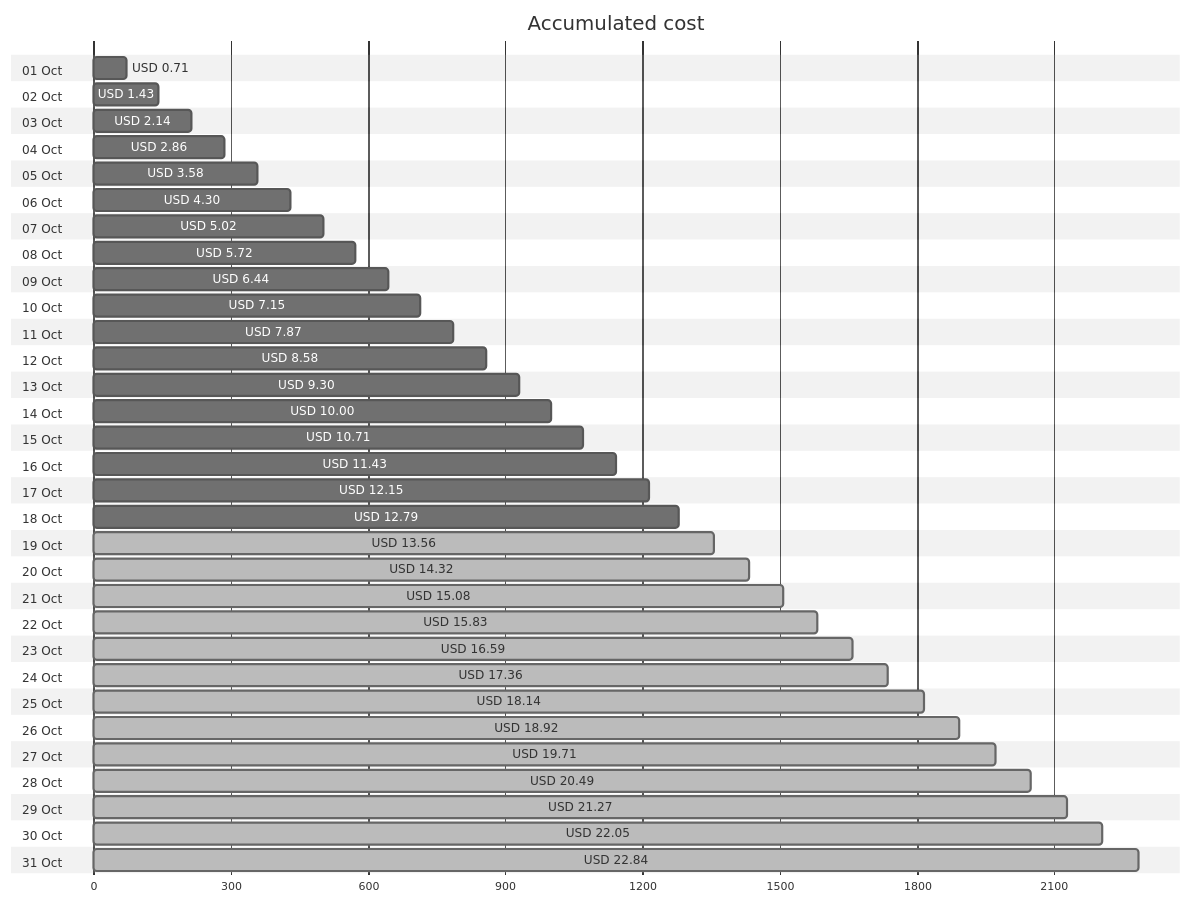
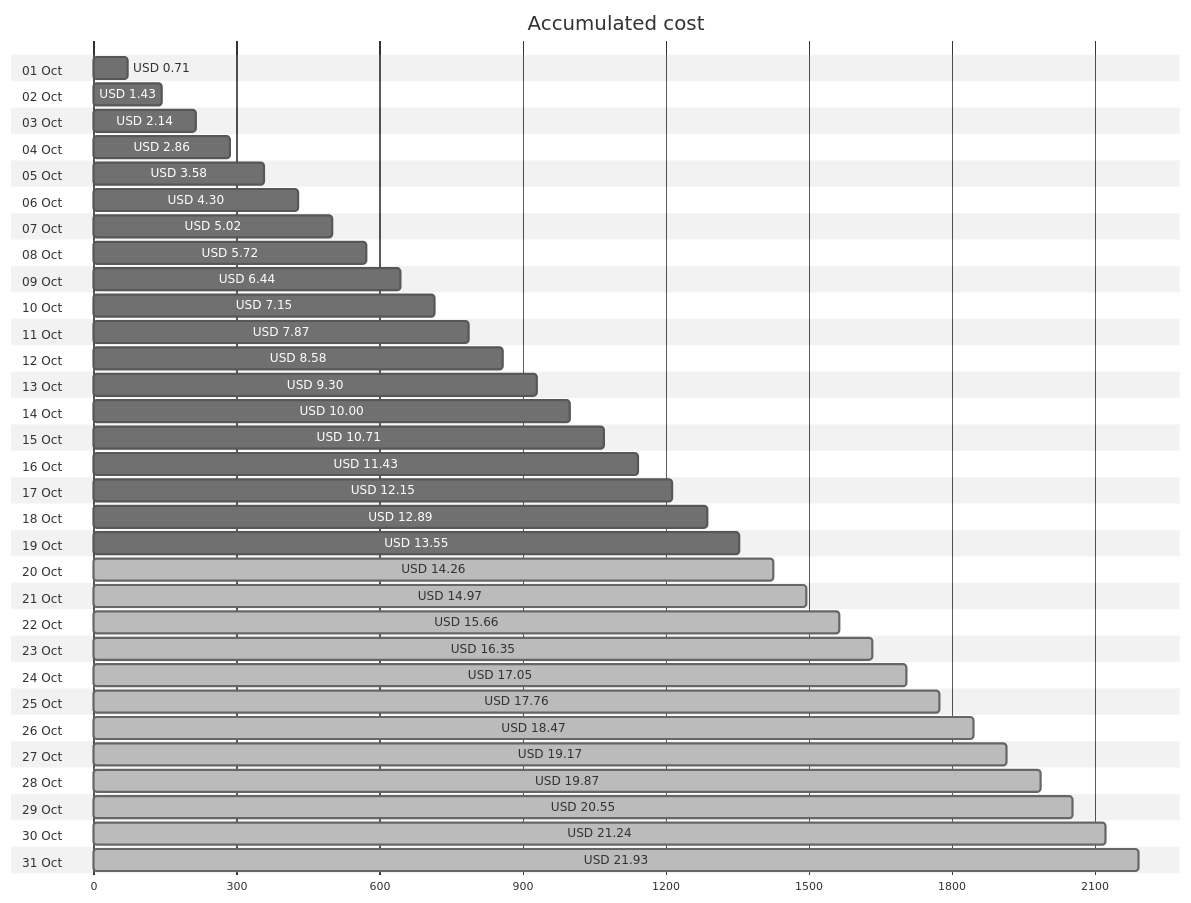
The first of 4 diagrams in cost-reports/personal-network/backup-server-data-disk.md (jpfulton/azure-personal-reports), drawn with Mermaid (neutral theme) before and after one commit. The commit also changed other lines of this file and 8 other files, not shown here.

````diff
--- a/cost-reports/personal-network/backup-server-data-disk.md
+++ b/cost-reports/personal-network/backup-server-data-disk.md
@@ -20,68 +20,68 @@
 ```mermaid
 gantt
    title Accumulated cost
    dateFormat  X
    axisFormat %s
    section 01 Oct
    USD 0.71 :0, 71
    section 02 Oct
    USD 1.43 :0, 143
    section 03 Oct
    USD 2.14 :0, 214
    section 04 Oct
    USD 2.86 :0, 286
    section 05 Oct
    USD 3.58 :0, 358
    section 06 Oct
    USD 4.30 :0, 430
    section 07 Oct
    USD 5.02 :0, 502
    section 08 Oct
    USD 5.72 :0, 572
    section 09 Oct
    USD 6.44 :0, 644
    section 10 Oct
    USD 7.15 :0, 715
    section 11 Oct
    USD 7.87 :0, 787
    section 12 Oct
    USD 8.58 :0, 858
    section 13 Oct
    USD 9.30 :0, 930
    section 14 Oct
    USD 10.00 :0, 1000
    section 15 Oct
    USD 10.71 :0, 1071
    section 16 Oct
    USD 11.43 :0, 1143
    section 17 Oct
    USD 12.15 :0, 1215
    section 18 Oct
-   USD 12.79 :0, 1279
+   USD 12.89 :0, 1289
    section 19 Oct
-   USD 13.56 : done, 0, 1356
+   USD 13.55 :0, 1355
    section 20 Oct
-   USD 14.32 : done, 0, 1432
+   USD 14.26 : done, 0, 1426
    section 21 Oct
-   USD 15.08 : done, 0, 1508
+   USD 14.97 : done, 0, 1497
    section 22 Oct
-   USD 15.83 : done, 0, 1583
+   USD 15.66 : done, 0, 1566
    section 23 Oct
-   USD 16.59 : done, 0, 1659
+   USD 16.35 : done, 0, 1635
    section 24 Oct
-   USD 17.36 : done, 0, 1736
+   USD 17.05 : done, 0, 1705
    section 25 Oct
-   USD 18.14 : done, 0, 1814
+   USD 17.76 : done, 0, 1776
    section 26 Oct
-   USD 18.92 : done, 0, 1892
+   USD 18.47 : done, 0, 1847
    section 27 Oct
-   USD 19.71 : done, 0, 1971
+   USD 19.17 : done, 0, 1917
    section 28 Oct
-   USD 20.49 : done, 0, 2049
+   USD 19.87 : done, 0, 1987
    section 29 Oct
-   USD 21.27 : done, 0, 2127
+   USD 20.55 : done, 0, 2055
    section 30 Oct
-   USD 22.05 : done, 0, 2205
+   USD 21.24 : done, 0, 2124
    section 31 Oct
-   USD 22.84 : done, 0, 2284
+   USD 21.93 : done, 0, 2193
 ```
````
